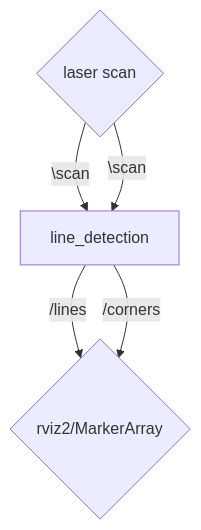
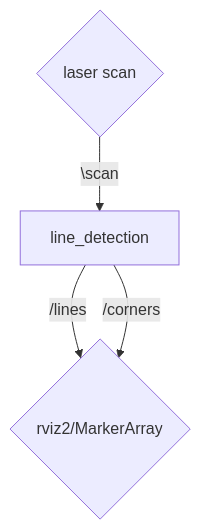
Before and after one commit to elbazam/line_detection: the diagram in README.md, drawn with Mermaid.

Commit message:
Quick changes

````diff
--- a/README.md
+++ b/README.md
@@ -50,5 +50,5 @@
 ```mermaid
 graph TD
 A{laser scan} -- \scan --> B[line_detection] -- "/lines" --> C{rviz2/MarkerArray}
-A{laser scan} -- \scan --> B[line_detection] -- "/corners" --> C{rviz2/MarkerArray}
+B[line_detection] -- "/corners" --> C{rviz2/MarkerArray}
 ```
````
